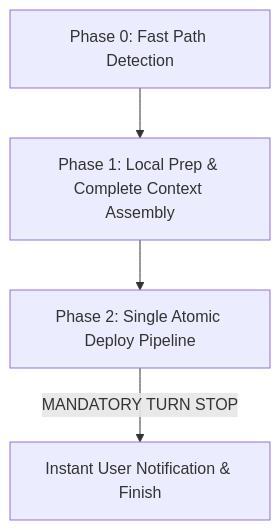
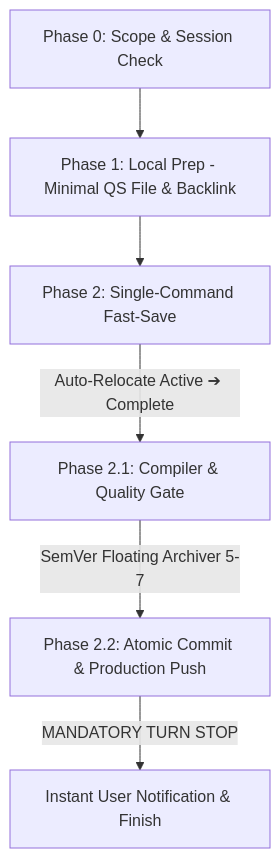
Before and after one commit to TheDarkXX/MyProjects: the diagram in App Builder AI/.agents/skills/save/SKILL.md, drawn with Mermaid. The commit also changed other lines of this file and 39 other files, not shown here.

Commit message:
[SYSTEM] Deploy Skill /save (v3.5.0)

````diff
--- a/App Builder AI/.agents/skills/save/SKILL.md
+++ b/App Builder AI/.agents/skills/save/SKILL.md
@@ -20,6 +48,8 @@
 ```mermaid
 graph TD
-    P0[Phase 0: Fast Path Detection] --> P1[Phase 1: Local Prep & Complete Context Assembly]
-    P1 --> P2[Phase 2: Single Atomic Deploy Pipeline]
-    P2 -->|MANDATORY TURN STOP| P3[Instant User Notification & Finish]
+    P0[Phase 0: Scope & Session Check] --> P1[Phase 1: Local Prep - Minimal QS File & Backlink]
+    P1 --> P2[Phase 2: Single-Command Fast-Save]
+    P2 -->|Auto-Relocate Active ➔ Complete| P2A[Phase 2.1: Compiler & Quality Gate]
+    P2A -->|SemVer Floating Archiver 5-7| P2B[Phase 2.2: Atomic Commit & Production Push]
+    P2B -->|MANDATORY TURN STOP| P3[Instant User Notification & Finish]
 ```
````
